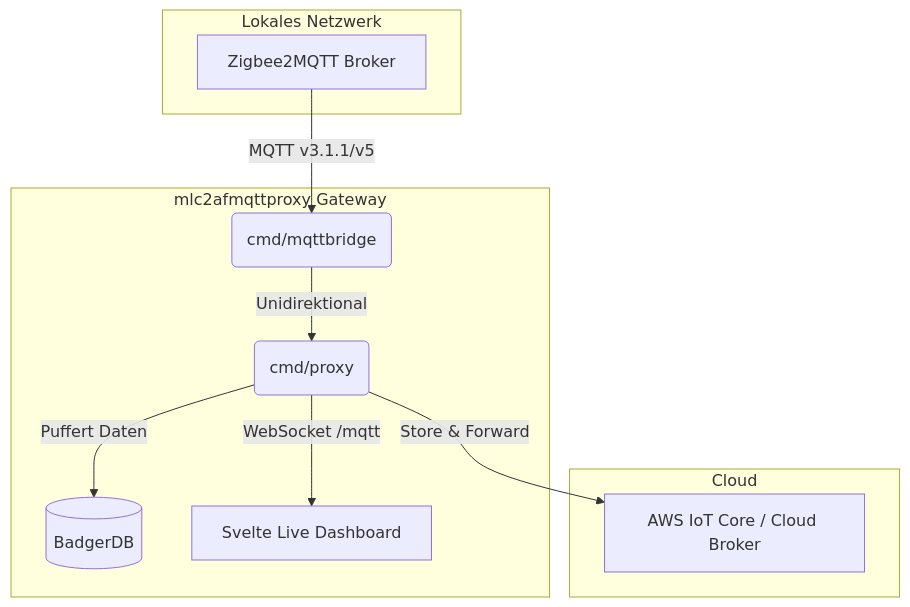
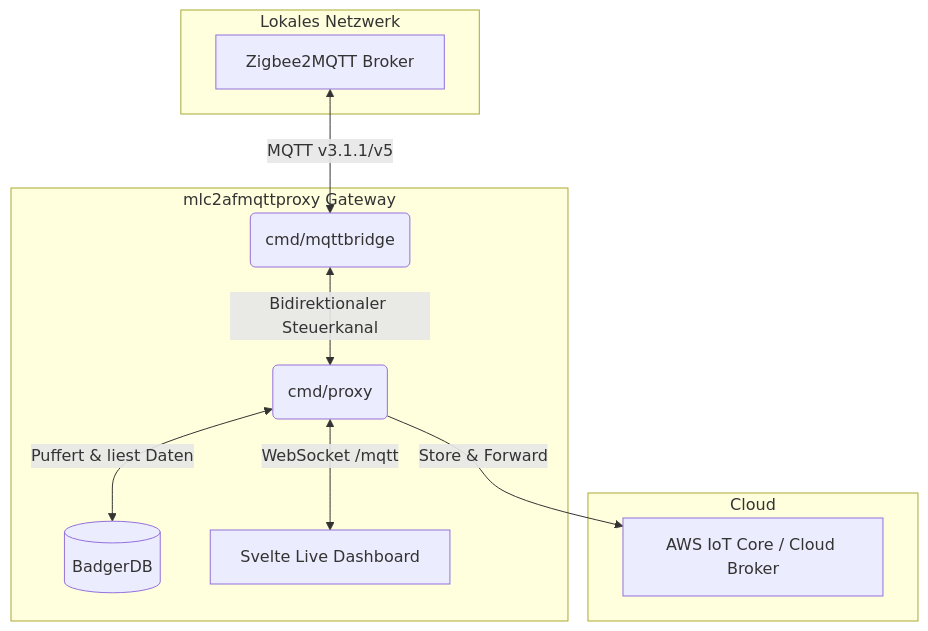
One commit to mlechner911/mlc2afmqttproxy changed the diagram in README.md. Above: the diagram before and after it, drawn with Mermaid.

Commit message:
docs: fix mermaid arrow syntax

````diff
--- a/README.md
+++ b/README.md
@@ -34,23 +34,24 @@
 ```mermaid
 graph TD
   subgraph local [Lokales Netzwerk]
     Z2M[Zigbee2MQTT Broker]
   end
 
   subgraph gateway [mlc2afmqttproxy Gateway]
     Bridge(cmd/mqttbridge)
     Proxy(cmd/proxy)
     DB[(BadgerDB)]
     UI[Svelte Live Dashboard]
   end
 
   subgraph cloud [Cloud]
     AWS[AWS IoT Core / Cloud Broker]
   end
 
-  Z2M -- MQTT v3.1.1/v5 --> Bridge
-  Bridge -- Unidirektional --> Proxy
-  Proxy -- Puffert Daten --> DB
-  Proxy -- Store & Forward --> AWS
-  Proxy -- WebSocket /mqtt --> UI
+  Z2M <-->|MQTT v3.1.1/v5| Bridge
+  Bridge <-->|Bidirektionaler Steuerkanal| Proxy
+  Proxy <-->|Puffert & liest Daten| DB
+  Proxy -->|Store & Forward| AWS
+  Proxy <-->|WebSocket /mqtt| UI
+
 ```
````
